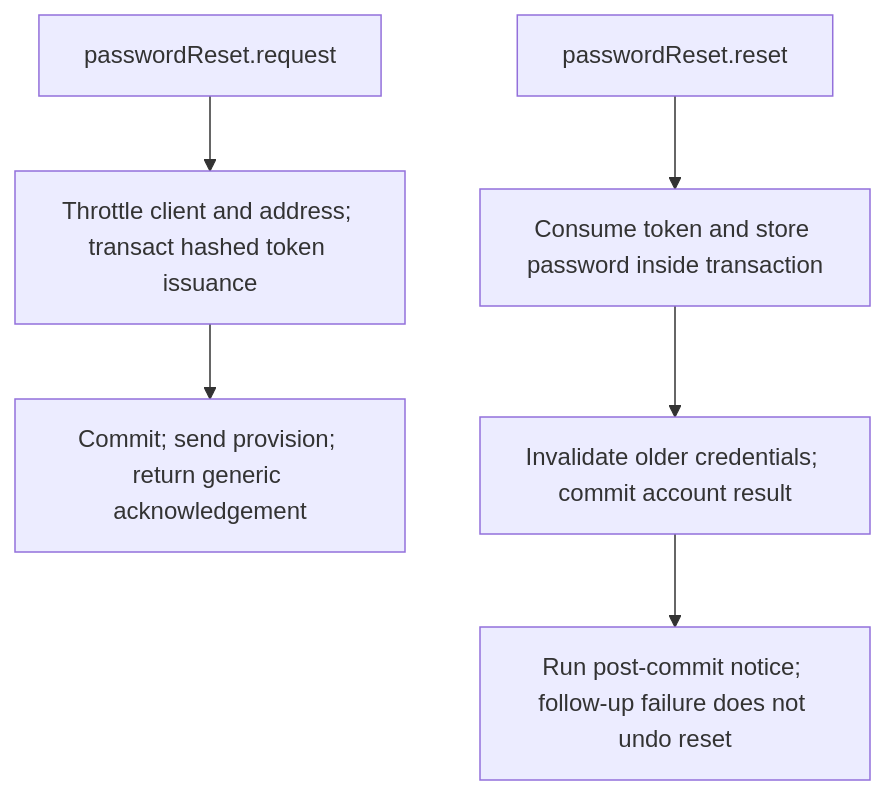
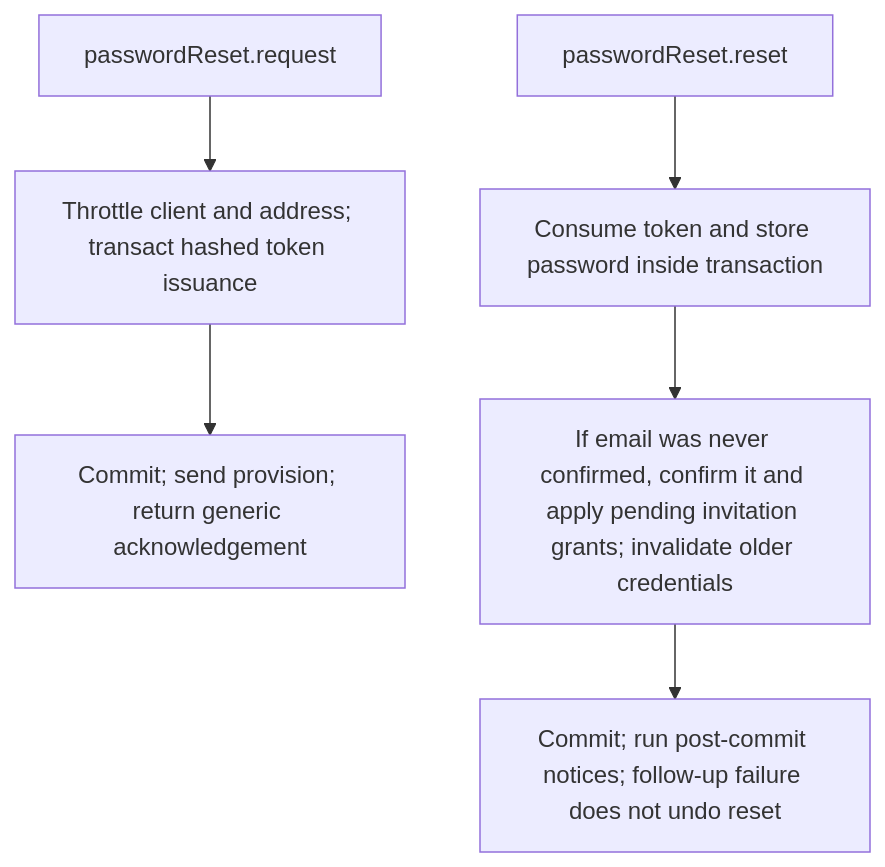
One commit to Kevinjohn/oss-adonisjs-account-kit changed the second of 2 diagrams in user-stories/US-ACCOUNT-01-recover-password.md. Above: the diagram before and after it, drawn with Mermaid. The commit also changed other lines of this file and 17 other files, not shown here.

````diff
--- a/user-stories/US-ACCOUNT-01-recover-password.md
+++ b/user-stories/US-ACCOUNT-01-recover-password.md
@@ -34,8 +35,8 @@
 ```mermaid
 flowchart TD
  A["passwordReset.request"] --> B["Throttle client and address; transact hashed token issuance"]
  B --> C["Commit; send provision; return generic acknowledgement"]
  D["passwordReset.reset"] --> E["Consume token and store password inside transaction"]
- E --> F["Invalidate older credentials; commit account result"]
- F --> G["Run post-commit notice; follow-up failure does not undo reset"]
+ E --> F["If email was never confirmed, confirm it and apply pending invitation grants; invalidate older credentials"]
+ F --> G["Commit; run post-commit notices; follow-up failure does not undo reset"]
 ```
````
